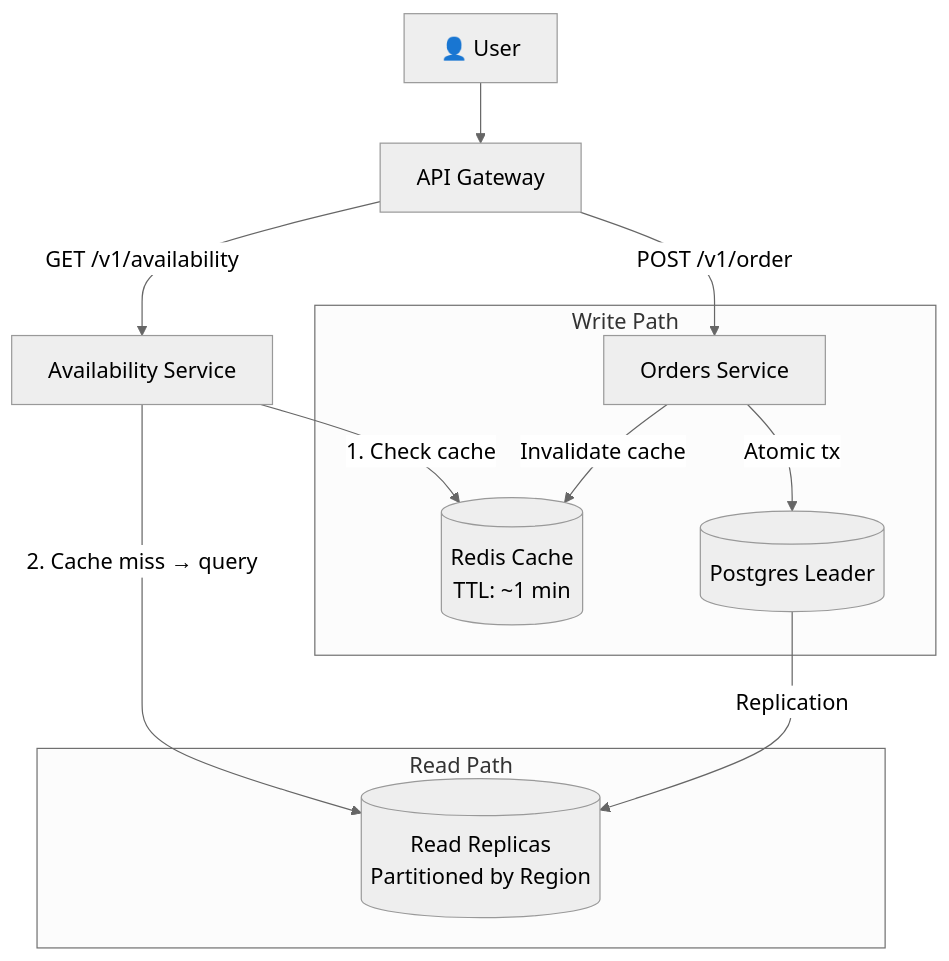
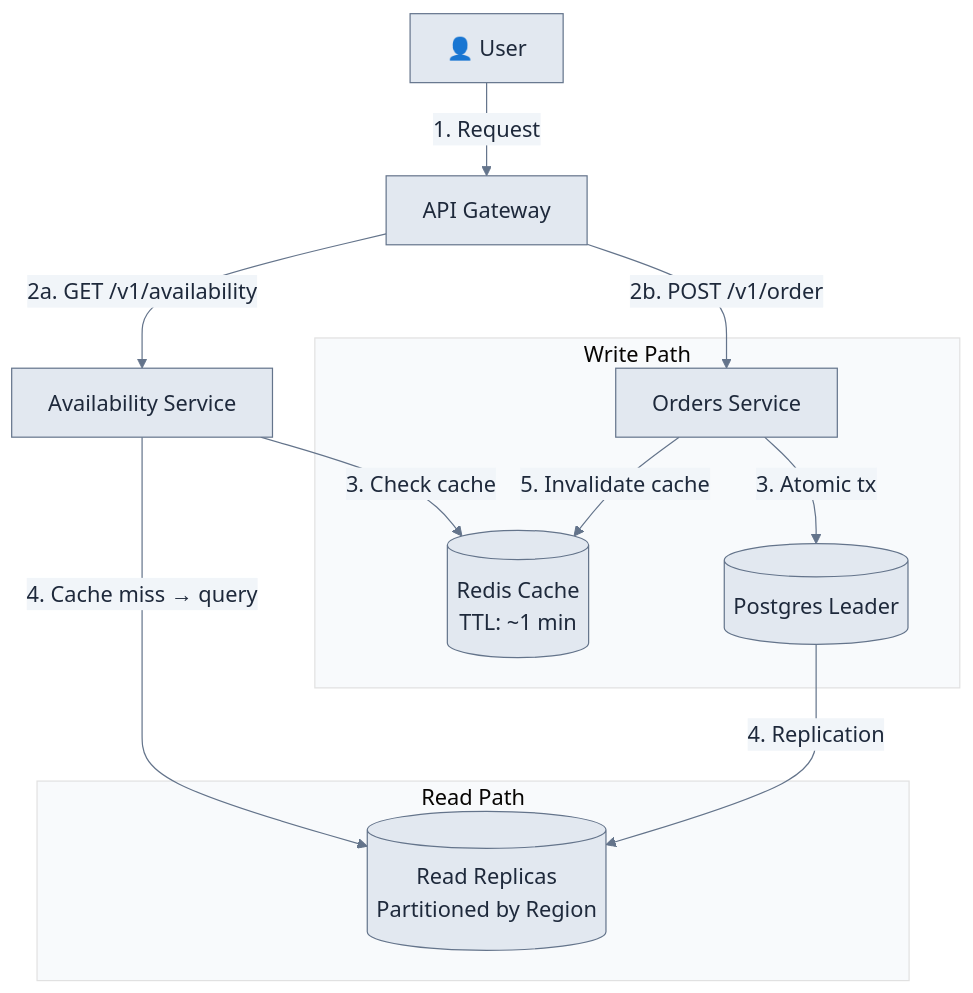
Before and after one commit to vipi-n/swe-101: diagram 13 of 14 in hld/localDeliveryService.md, drawn with Mermaid. The commit also changed other lines of this file, not shown here.

````diff
--- a/hld/localDeliveryService.md
+++ b/hld/localDeliveryService.md
@@ -579,21 +579,21 @@
 ```mermaid
-%%{init: {'theme': 'neutral', 'themeVariables': {'fontSize': '18px'}}}%%
+%%{init: {'theme': 'base', 'themeVariables': {'fontSize': '18px', 'primaryColor': '#e2e8f0', 'primaryTextColor': '#1e293b', 'primaryBorderColor': '#64748b', 'lineColor': '#64748b', 'secondaryColor': '#f1f5f9', 'tertiaryColor': '#f8fafc'}}}%%
 flowchart TB
-    User["👤 User"] --> GW["API Gateway"]
-    GW -->|"GET /v1/availability"| AS["Availability Service"]
+    User["👤 User"] -->|"1. Request"| GW["API Gateway"]
+    GW -->|"2a. GET /v1/availability"| AS["Availability Service"]
     
-    AS -->|"1. Check cache"| Redis[("Redis Cache<br/>TTL: ~1 min")]
-    AS -->|"2. Cache miss → query"| Replicas
+    AS -->|"3. Check cache"| Redis[("Redis Cache<br/>TTL: ~1 min")]
+    AS -->|"4. Cache miss → query"| Replicas
     
     subgraph Read Path
         Replicas[("Read Replicas<br/>Partitioned by Region")]
     end
     
     subgraph Write Path
-        OS["Orders Service"] -->|"Atomic tx"| Leader[("Postgres Leader")]
-        Leader -->|"Replication"| Replicas
-        OS -->|"Invalidate cache"| Redis
+        OS["Orders Service"] -->|"3. Atomic tx"| Leader[("Postgres Leader")]
+        Leader -->|"4. Replication"| Replicas
+        OS -->|"5. Invalidate cache"| Redis
     end
     
-    GW -->|"POST /v1/order"| OS
+    GW -->|"2b. POST /v1/order"| OS
 ```
````
